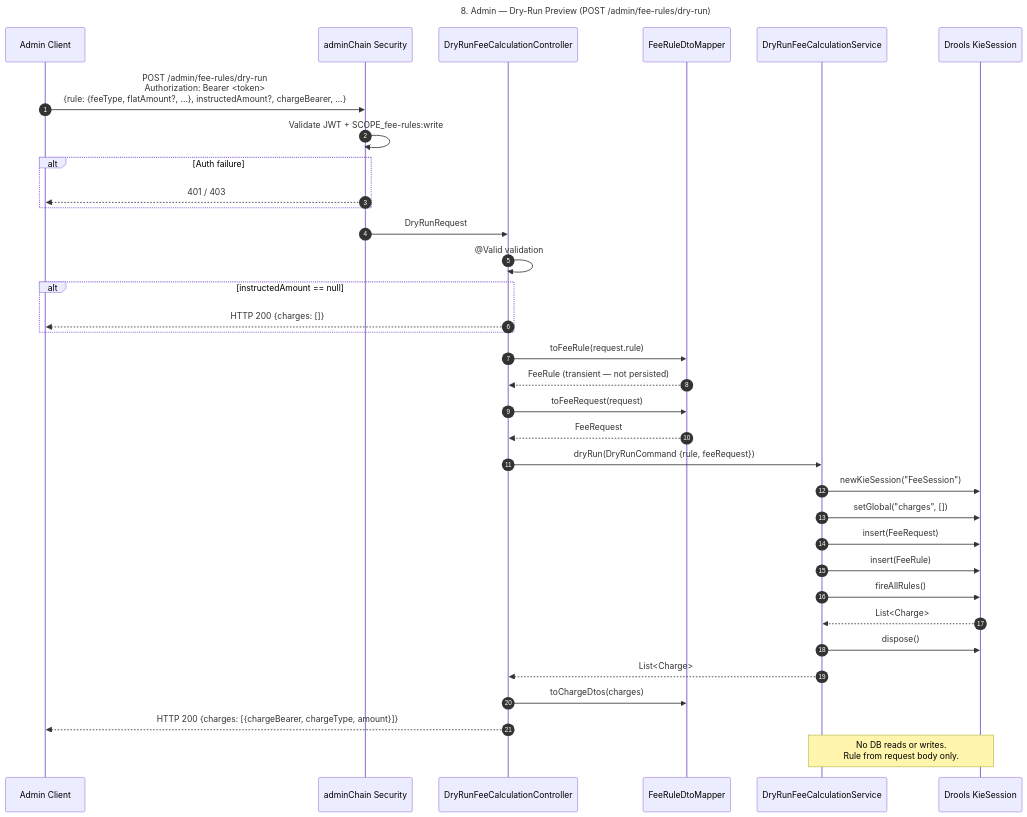
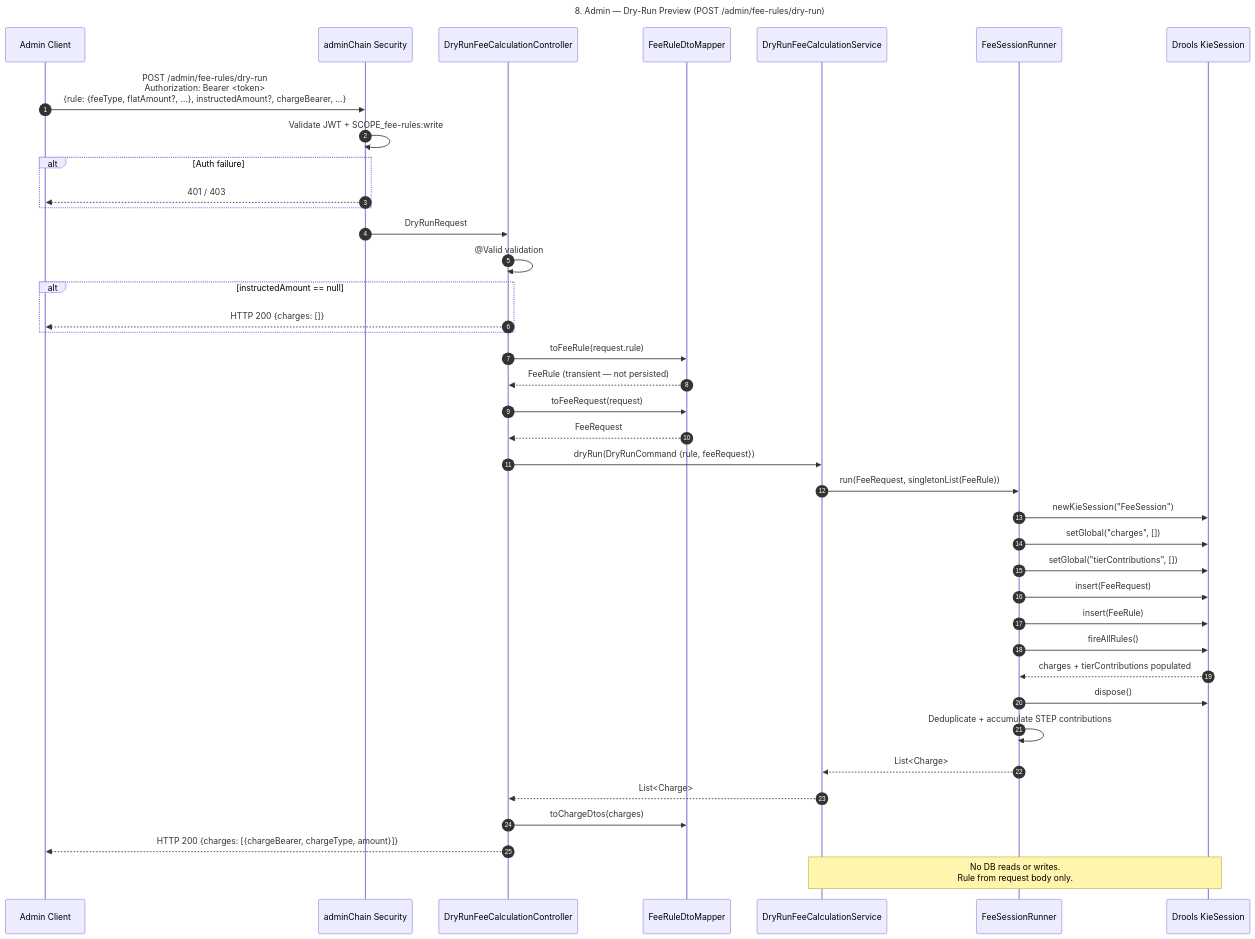
The ninth of 14 diagrams in docs/fee-engine-flow-diagrams.md (Wongsawat/fee-engine), drawn with Mermaid before and after one commit. The commit also changed other lines of this file, not shown here.

First line of the commit message:
docs: update flow diagrams for tiered fee types and FeeSessionRunner

````diff
--- a/docs/fee-engine-flow-diagrams.md
+++ b/docs/fee-engine-flow-diagrams.md
@@ -371,45 +395,50 @@
 ```mermaid
 sequenceDiagram
     autonumber
     Title: 8. Admin — Dry-Run Preview (POST /admin/fee-rules/dry-run)
 
     participant Admin as Admin Client
     participant Sec as adminChain Security
     participant Ctrl as DryRunFeeCalculationController
     participant Mapper as FeeRuleDtoMapper
     participant Svc as DryRunFeeCalculationService
+    participant Runner as FeeSessionRunner
     participant Drools as Drools KieSession
 
     Admin->>Sec: POST /admin/fee-rules/dry-run<br/>Authorization: Bearer <token><br/>{rule: {feeType, flatAmount?, …}, instructedAmount?, chargeBearer, …}
     Sec->>Sec: Validate JWT + SCOPE_fee-rules:write
 
     alt Auth failure
         Sec-->>Admin: 401 / 403
     end
 
     Sec->>Ctrl: DryRunRequest
     Ctrl->>Ctrl: @Valid validation
 
     alt instructedAmount == null
         Ctrl-->>Admin: HTTP 200 {charges: []}
     end
 
     Ctrl->>Mapper: toFeeRule(request.rule)
     Mapper-->>Ctrl: FeeRule (transient — not persisted)
     Ctrl->>Mapper: toFeeRequest(request)
     Mapper-->>Ctrl: FeeRequest
 
     Ctrl->>Svc: dryRun(DryRunCommand {rule, feeRequest})
-    Svc->>Drools: newKieSession("FeeSession")
-    Svc->>Drools: setGlobal("charges", [])
-    Svc->>Drools: insert(FeeRequest)
-    Svc->>Drools: insert(FeeRule)
-    Svc->>Drools: fireAllRules()
-    Drools-->>Svc: List<Charge>
-    Svc->>Drools: dispose()
+    Svc->>Runner: run(FeeRequest, singletonList(FeeRule))
+    Runner->>Drools: newKieSession("FeeSession")
+    Runner->>Drools: setGlobal("charges", [])
+    Runner->>Drools: setGlobal("tierContributions", [])
+    Runner->>Drools: insert(FeeRequest)
+    Runner->>Drools: insert(FeeRule)
+    Runner->>Drools: fireAllRules()
+    Drools-->>Runner: charges + tierContributions populated
+    Runner->>Drools: dispose()
+    Runner->>Runner: Deduplicate + accumulate STEP contributions
+    Runner-->>Svc: List<Charge>
     Svc-->>Ctrl: List<Charge>
     Ctrl->>Mapper: toChargeDtos(charges)
     Ctrl-->>Admin: HTTP 200 {charges: [{chargeBearer, chargeType, amount}]}
 
     Note over Svc,Drools: No DB reads or writes.<br/>Rule from request body only.
 ```
````
